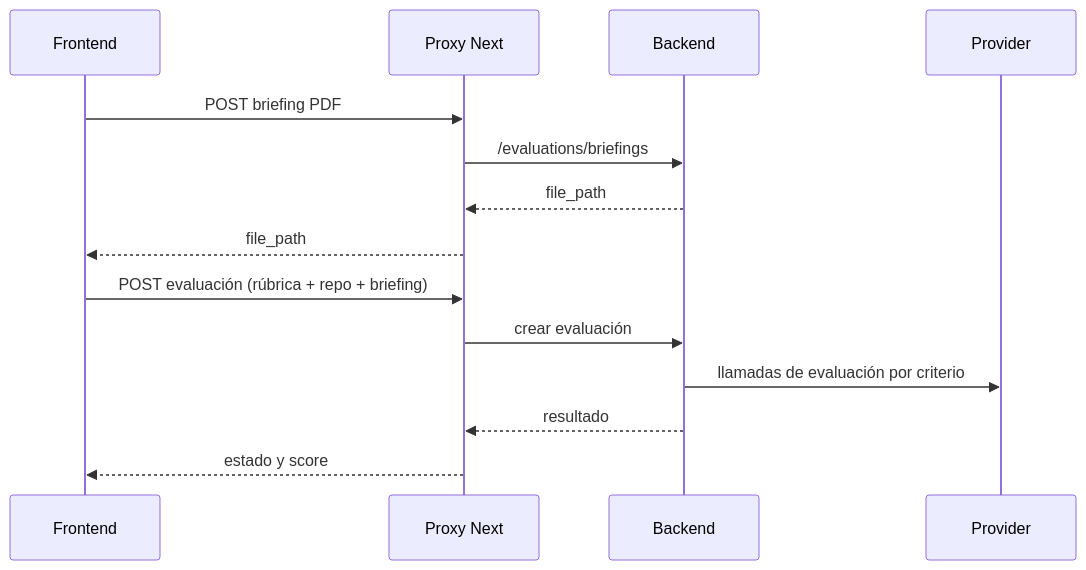
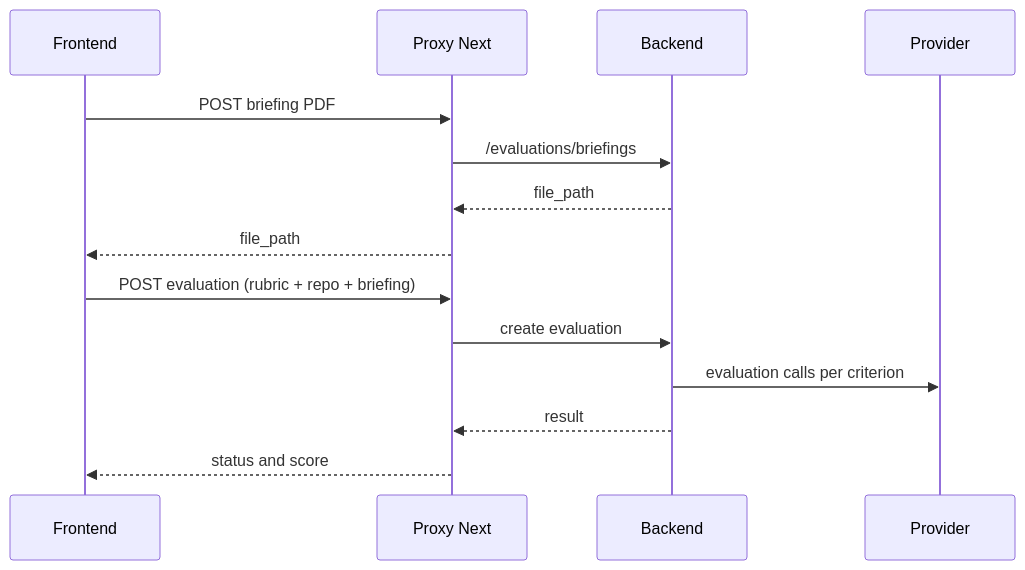
One commit to Bootcamp-IA-P5/ai-repo-evaluator changed the fourth of 4 diagrams in frontend/README.md. Above: the diagram before and after it, drawn with Mermaid. The commit also changed other lines of this file, not shown here.

````diff
--- a/frontend/README.md
+++ b/frontend/README.md
@@ -222,18 +222,18 @@
 ```mermaid
 sequenceDiagram
   participant UI as Frontend
   participant PX as Proxy Next
   participant BE as Backend
   participant AI as Provider
 
   UI->>PX: POST briefing PDF
   PX->>BE: /evaluations/briefings
   BE-->>PX: file_path
   PX-->>UI: file_path
 
-  UI->>PX: POST evaluación (rúbrica + repo + briefing)
-  PX->>BE: crear evaluación
-  BE->>AI: llamadas de evaluación por criterio
-  BE-->>PX: resultado
-  PX-->>UI: estado y score
+  UI->>PX: POST evaluation (rubric + repo + briefing)
+  PX->>BE: create evaluation
+  BE->>AI: evaluation calls per criterion
+  BE-->>PX: result
+  PX-->>UI: status and score
 ```
````
